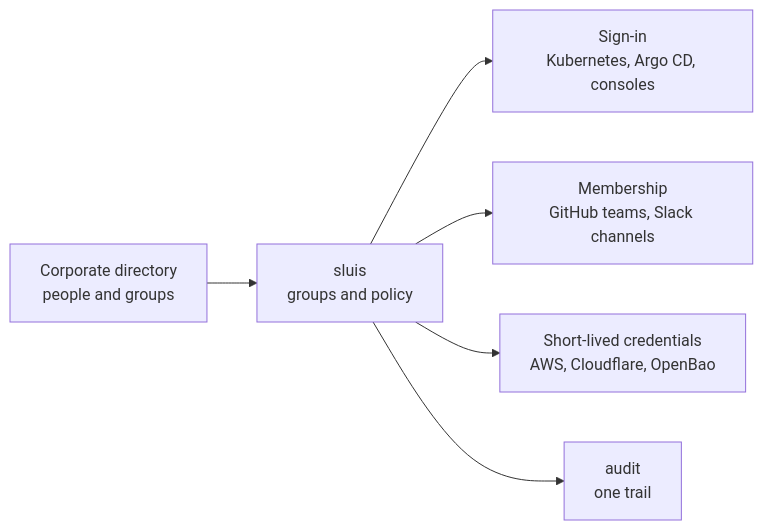
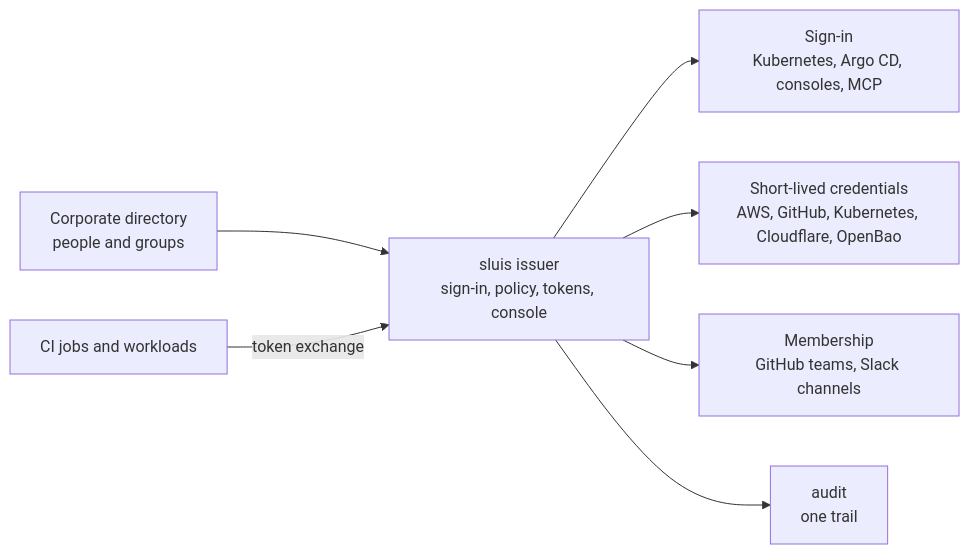
The diagram in README.md (truvity/sluis), drawn with Mermaid before and after one commit. The commit also changed other lines of this file and 3 other files, not shown here.

````diff
--- a/README.md
+++ b/README.md
@@ -20,8 +27,9 @@
 ```mermaid
 flowchart LR
-  dir["Corporate directory<br/>people and groups"] --> sluis["sluis<br/>groups and policy"]
-  sluis --> in["Sign-in<br/>Kubernetes, Argo CD, consoles"]
-  sluis --> sync["Membership<br/>GitHub teams, Slack channels"]
-  sluis --> cred["Short-lived credentials<br/>AWS, Cloudflare, OpenBao"]
-  sluis --> aud["audit<br/>one trail"]
+  dir["Corporate directory<br/>people and groups"] --> iss["sluis issuer<br/>sign-in, policy, tokens, console"]
+  ci["CI jobs and workloads"] -- "token exchange" --> iss
+  iss --> in["Sign-in<br/>Kubernetes, Argo CD, consoles, MCP"]
+  iss --> cred["Short-lived credentials<br/>AWS, GitHub, Kubernetes, Cloudflare, OpenBao"]
+  iss --> mem["Membership<br/>GitHub teams, Slack channels"]
+  iss --> aud["audit<br/>one trail"]
 ```
````
